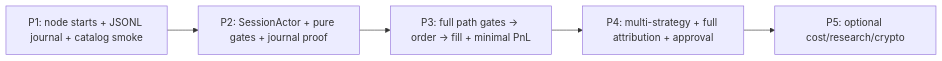
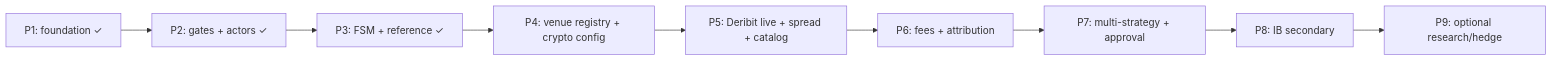
The first of 2 diagrams in .cursor/plans/0dte_implementation_plan_5c4f2990.plan.md (abhushansahu/nautilus-quant-scaffold), drawn with Mermaid before and after one commit. The commit also changed other lines of this file and 15 other files, not shown here.

First line of the commit message:
feat: update 0DTE implementation plan and enhance trading costs architecture

````diff
--- a/.cursor/plans/0dte_implementation_plan_5c4f2990.plan.md
+++ b/.cursor/plans/0dte_implementation_plan_5c4f2990.plan.md
@@ -69,9 +100,13 @@
 ```mermaid
 flowchart LR
-  P1[P1: node starts + JSONL journal + catalog smoke]
-  P2[P2: SessionActor + pure gates + journal proof]
-  P3[P3: full path gates → order → fill + minimal PnL]
-  P4[P4: multi-strategy + full attribution + approval]
-  P5[P5: optional cost/research/crypto]
-  P1 --> P2 --> P3 --> P4 --> P5
+  P1[P1: foundation ✓]
+  P2[P2: gates + actors ✓]
+  P3[P3: FSM + reference ✓]
+  P4[P4: venue registry + crypto config]
+  P5[P5: Deribit live + spread + catalog]
+  P6[P6: fees + attribution]
+  P7[P7: multi-strategy + approval]
+  P8[P8: IB secondary]
+  P9[P9: optional research/hedge]
+  P1 --> P2 --> P3 --> P4 --> P5 --> P6 --> P7 --> P8 --> P9
 ```
````
